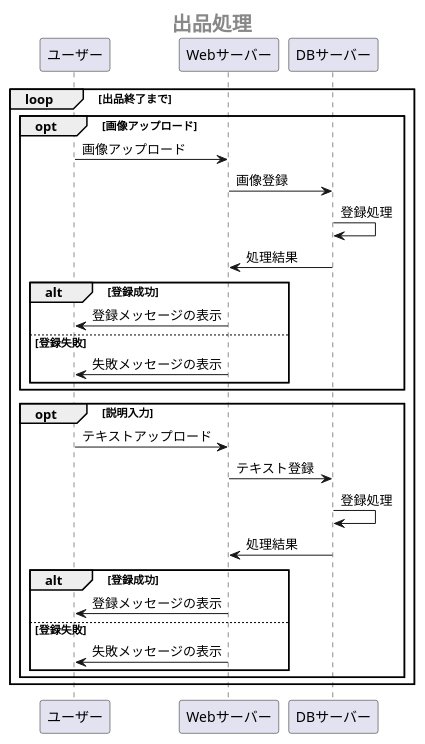
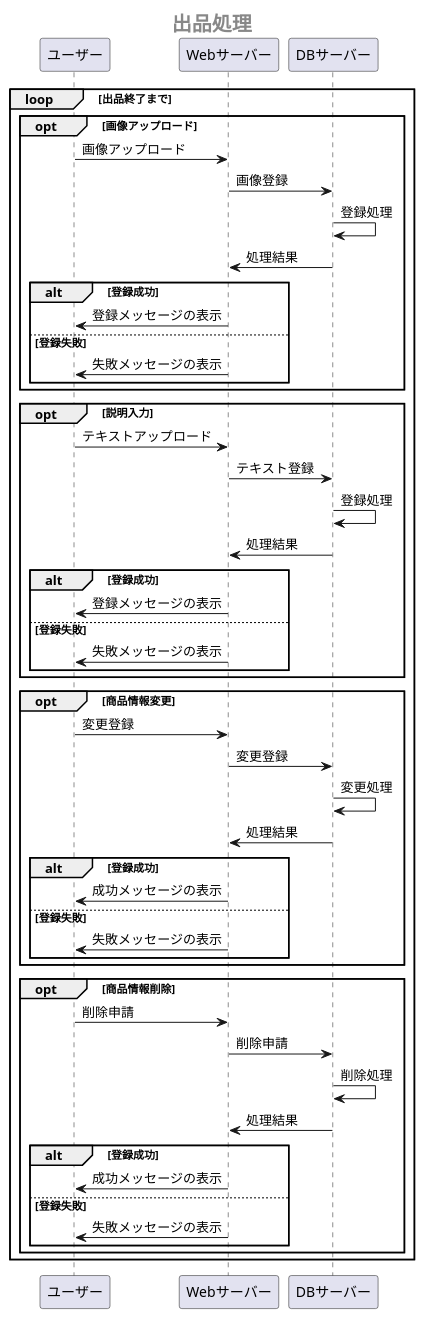
Before and after one commit to Aso2001147/system3: the fifth of 5 diagrams in 業務フロー図.md, drawn with PlantUML.

````diff
--- a/業務フロー図.md
+++ b/業務フロー図.md
@@ -123,36 +123,60 @@
 ```uml
 @startuml
  center header <size:20><b>出品処理</b></size>
  loop 出品終了まで
  
   opt 画像アップロード
     ユーザー -> Webサーバー:画像アップロード
     Webサーバー -> DBサーバー:画像登録
     DBサーバー -> DBサーバー:登録処理
     DBサーバー -> Webサーバー:処理結果
 
     alt 登録成功
       Webサーバー ->ユーザー:登録メッセージの表示
     else 登録失敗
       Webサーバー ->ユーザー:失敗メッセージの表示
     end
    end
 
    opt 説明入力
     ユーザー -> Webサーバー:テキストアップロード
     Webサーバー -> DBサーバー:テキスト登録
     DBサーバー -> DBサーバー:登録処理
     DBサーバー -> Webサーバー:処理結果
 
     alt 登録成功
       Webサーバー ->ユーザー:登録メッセージの表示
     else 登録失敗
       Webサーバー ->ユーザー:失敗メッセージの表示
     end
    end
    
+   opt 商品情報変更
+    ユーザー -> Webサーバー:変更登録
+    Webサーバー -> DBサーバー:変更登録
+    DBサーバー -> DBサーバー:変更処理
+    DBサーバー -> Webサーバー:処理結果
+
+    alt 登録成功
+      Webサーバー ->ユーザー:成功メッセージの表示
+    else 登録失敗
+      Webサーバー ->ユーザー:失敗メッセージの表示
+    end
+   end
    
+   opt 商品情報削除
+    ユーザー -> Webサーバー:削除申請
+    Webサーバー -> DBサーバー:削除申請
+    DBサーバー -> DBサーバー:削除処理
+    DBサーバー -> Webサーバー:処理結果
+
+    alt 登録成功
+      Webサーバー ->ユーザー:成功メッセージの表示
+    else 登録失敗
+      Webサーバー ->ユーザー:失敗メッセージの表示
+    end
+   end
   
   end
 @enduml
 ```
````
